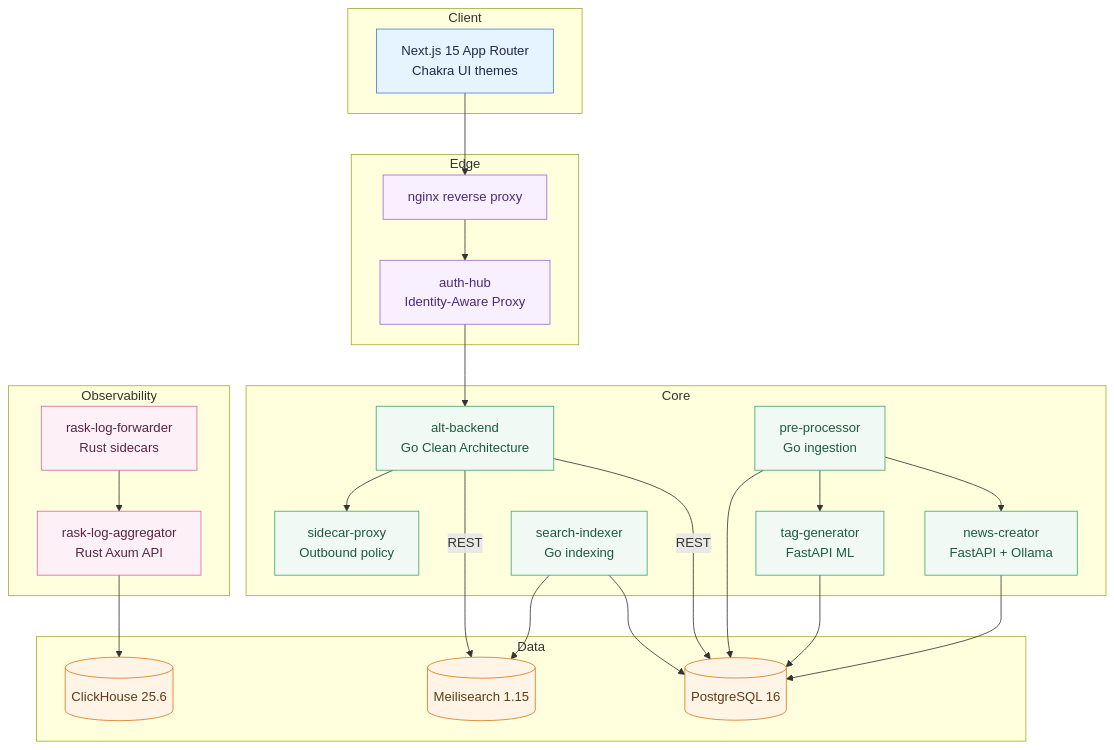
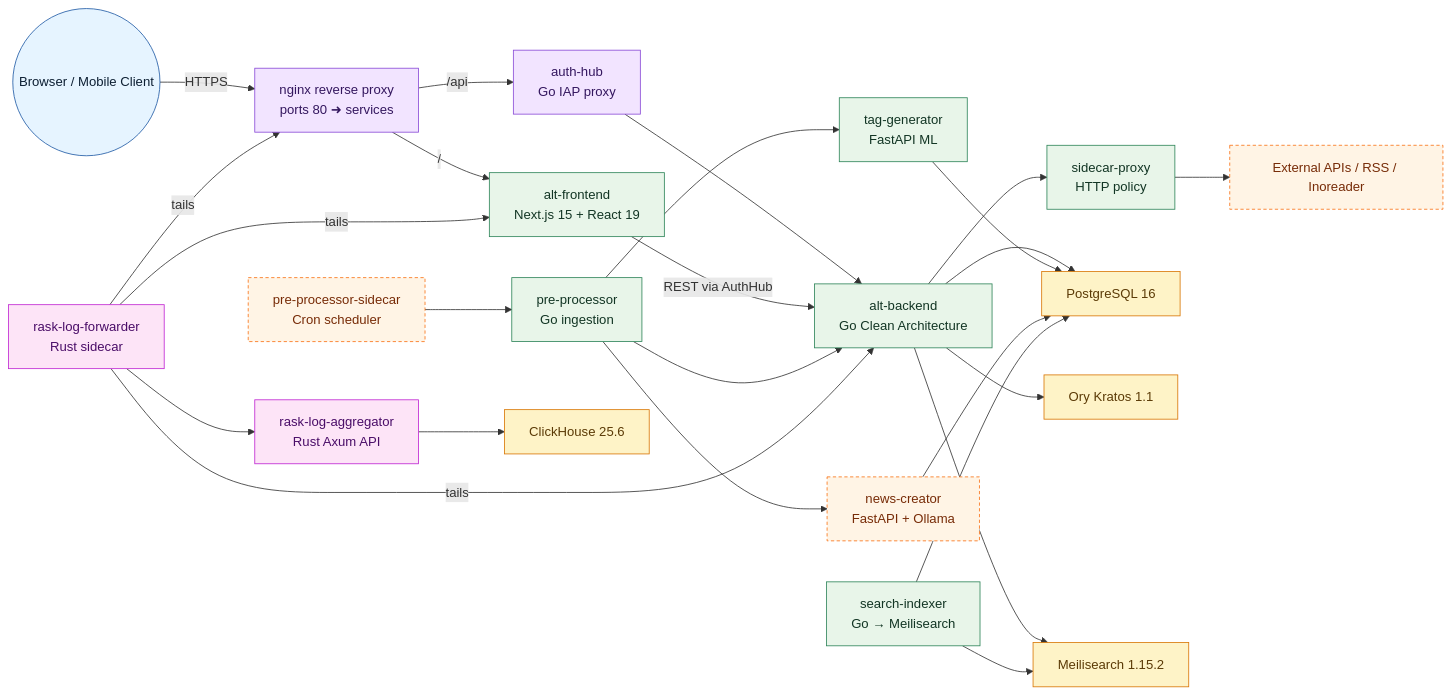
Before and after one commit to Kaikei-e/Alt: the first of 3 diagrams in README.md, drawn with Mermaid. The commit also changed other lines of this file, not shown here.

````diff
--- a/README.md
+++ b/README.md
@@ -45,54 +46,51 @@
 ```mermaid
-graph TB
-    subgraph Client
-        UI[Next.js 15 App Router<br/>Chakra UI themes]
-    end
+flowchart LR
+    classDef client fill:#e6f4ff,stroke:#1f5aa5,color:#0d1f33
+    classDef edge fill:#f2e4ff,stroke:#8a4bd7,color:#34175f
+    classDef core fill:#e8f5e9,stroke:#2f855a,color:#123524
+    classDef optional fill:#fff4e5,stroke:#f97316,color:#772b07,stroke-dasharray:4 3
+    classDef data fill:#fef3c7,stroke:#d97706,color:#5b3a06
+    classDef observability fill:#fde4f7,stroke:#c026d3,color:#4a0d68
 
-    subgraph Edge
-        NGINX[nginx reverse proxy]
-        AUTHHUB[auth-hub<br/>Identity-Aware Proxy]
-    end
+    Browser((Browser / Mobile Client)):::client
+    Nginx["nginx reverse proxy<br/>ports 80 ➜ services"]:::edge
+    UI["alt-frontend<br/>Next.js 15 + React 19"]:::core
+    AuthHub["auth-hub<br/>Go IAP proxy"]:::edge
+    Backend["alt-backend<br/>Go Clean Architecture"]:::core
+    Sidecar["sidecar-proxy<br/>HTTP policy"]:::core
+    PreProc["pre-processor<br/>Go ingestion"]:::core
+    Scheduler["pre-processor-sidecar<br/>Cron scheduler"]:::optional
+    News["news-creator<br/>FastAPI + Ollama"]:::optional
+    Tags["tag-generator<br/>FastAPI ML"]:::core
+    Indexer["search-indexer<br/>Go → Meilisearch"]:::core
+    Postgres["PostgreSQL 16"]:::data
+    Kratos["Ory Kratos 1.1"]:::data
+    Meili["Meilisearch 1.15.2"]:::data
+    ClickHouse["ClickHouse 25.6"]:::data
+    RaskF["rask-log-forwarder<br/>Rust sidecar"]:::observability
+    RaskA["rask-log-aggregator<br/>Rust Axum API"]:::observability
+    External["External APIs / RSS / Inoreader"]:::optional
 
-    subgraph Core
-        BACKEND[alt-backend<br/>Go Clean Architecture]
-        PREPROC[pre-processor<br/>Go ingestion]
-        TAGGER[tag-generator<br/>FastAPI ML]
-        NEWS[news-creator<br/>FastAPI + Ollama]
-        SEARCHIDX[search-indexer<br/>Go indexing]
-        SIDECAR[sidecar-proxy<br/>Outbound policy]
-    end
-
-    subgraph Data
-        PG[(PostgreSQL 16)]
-        MEILI[(Meilisearch 1.15)]
-        CLICK[(ClickHouse 25.6)]
-    end
-
-    subgraph Observability
-        FORWARDER[rask-log-forwarder<br/>Rust sidecars]
-        AGGREGATOR[rask-log-aggregator<br/>Rust Axum API]
-    end
-
-    UI --> NGINX --> AUTHHUB --> BACKEND
-    BACKEND -->|REST| PG
-    BACKEND -->|REST| MEILI
-    BACKEND --> SIDECAR
-    PREPROC --> NEWS
-    PREPROC --> TAGGER
-    PREPROC --> PG
-    TAGGER --> PG
-    NEWS --> PG
-    SEARCHIDX --> PG
-    SEARCHIDX --> MEILI
-    FORWARDER --> AGGREGATOR --> CLICK
-    classDef client fill:#e6f4ff,stroke:#4c7bd9,color:#1f2a44
-    classDef edge fill:#f9f0ff,stroke:#9c6ade,color:#4c2a77
-    classDef core fill:#f0f9f4,stroke:#41a66f,color:#1d5b3f
-    classDef data fill:#fff4e6,stroke:#d77a1d,color:#5f3b14
-    classDef obs fill:#fdf0f6,stroke:#d76aa2,color:#5a2440
-    class UI client
-    class NGINX,AUTHHUB edge
-    class BACKEND,PREPROC,TAGGER,NEWS,SEARCHIDX,SIDECAR core
-    class PG,MEILI,CLICK data
-    class FORWARDER,AGGREGATOR obs
+    Browser -->|HTTPS| Nginx
+    Nginx -->|/| UI
+    Nginx -->|/api| AuthHub
+    AuthHub --> Backend
+    UI -->|REST via AuthHub| Backend
+    Backend --> Sidecar
+    Backend --> Postgres
+    Backend --> Meili
+    Backend --> Kratos
+    Sidecar --> External
+    PreProc --> Backend
+    PreProc --> Tags
+    PreProc --> News
+    Scheduler --> PreProc
+    Tags --> Postgres
+    News --> Postgres
+    Indexer --> Postgres
+    Indexer --> Meili
+    RaskF --> RaskA --> ClickHouse
+    RaskF -->|tails| Nginx
+    RaskF -->|tails| Backend
+    RaskF -->|tails| UI
 ```
````
